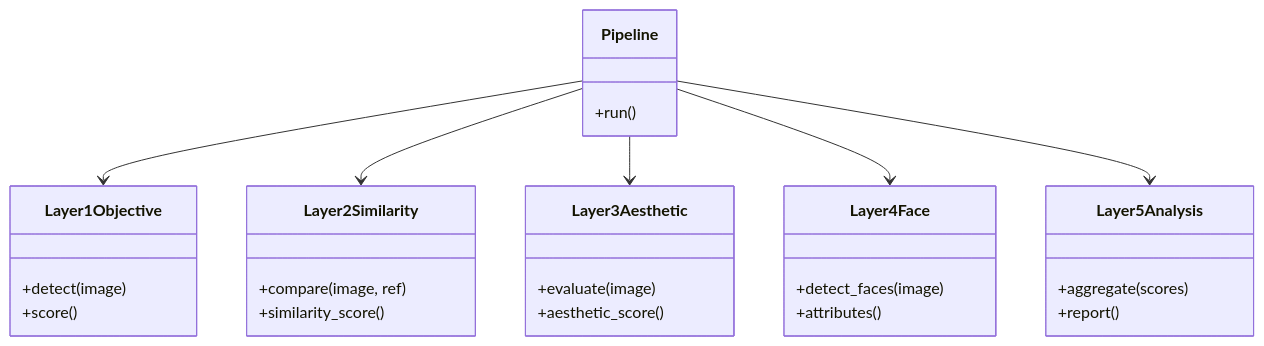
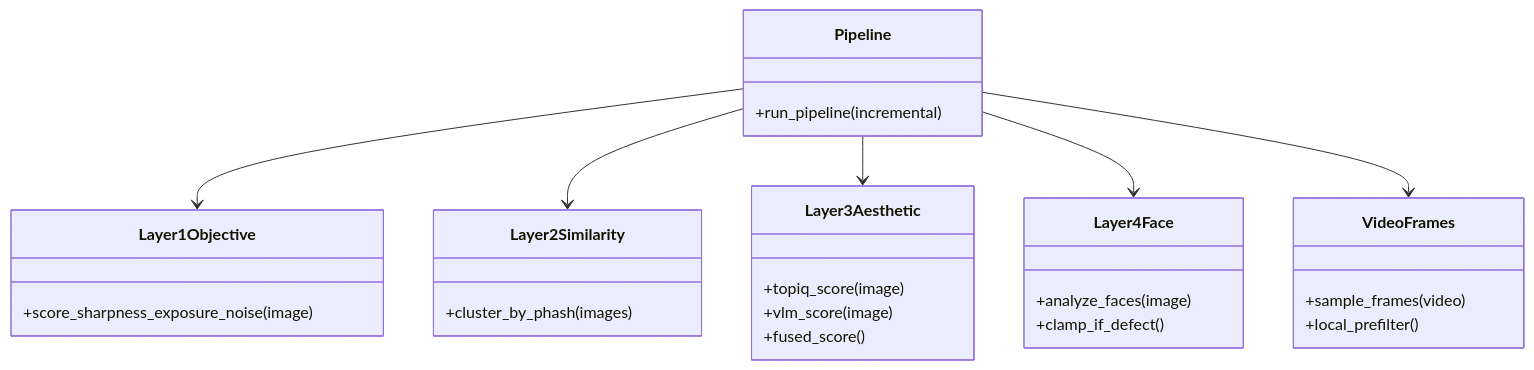
Before and after one commit to Frankynwa/photo-rank: the sixth of 7 diagrams in wiki/Web界面系统.md, drawn with Mermaid. The commit also changed other lines of this file and 7 other files, not shown here.

````diff
--- a/wiki/Web界面系统.md
+++ b/wiki/Web界面系统.md
@@ -273,31 +268,30 @@
 ```mermaid
 classDiagram
 class Layer1Objective {
-+detect(image)
-+score()
++score_sharpness_exposure_noise(image)
 }
 class Layer2Similarity {
-+compare(image, ref)
-+similarity_score()
++cluster_by_phash(images)
 }
 class Layer3Aesthetic {
-+evaluate(image)
-+aesthetic_score()
++topiq_score(image)
++vlm_score(image)
++fused_score()
 }
 class Layer4Face {
-+detect_faces(image)
-+attributes()
++analyze_faces(image)
++clamp_if_defect()
 }
-class Layer5Analysis {
-+aggregate(scores)
-+report()
+class VideoFrames {
++sample_frames(video)
++local_prefilter()
 }
 class Pipeline {
-+run()
++run_pipeline(incremental)
 }
 Pipeline --> Layer1Objective
 Pipeline --> Layer2Similarity
 Pipeline --> Layer3Aesthetic
 Pipeline --> Layer4Face
-Pipeline --> Layer5Analysis
+Pipeline --> VideoFrames
 ```
````
